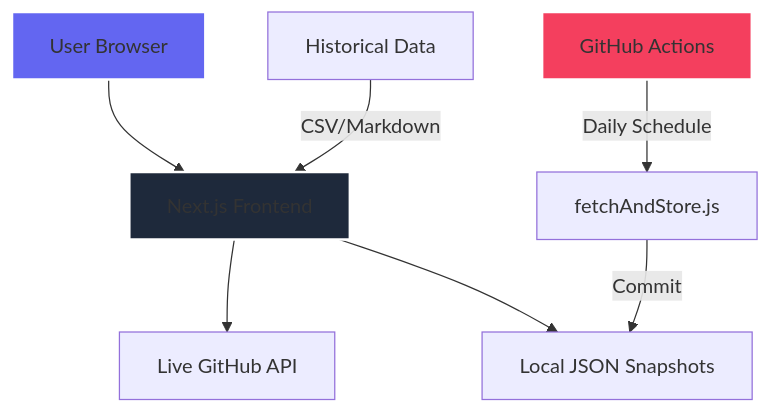
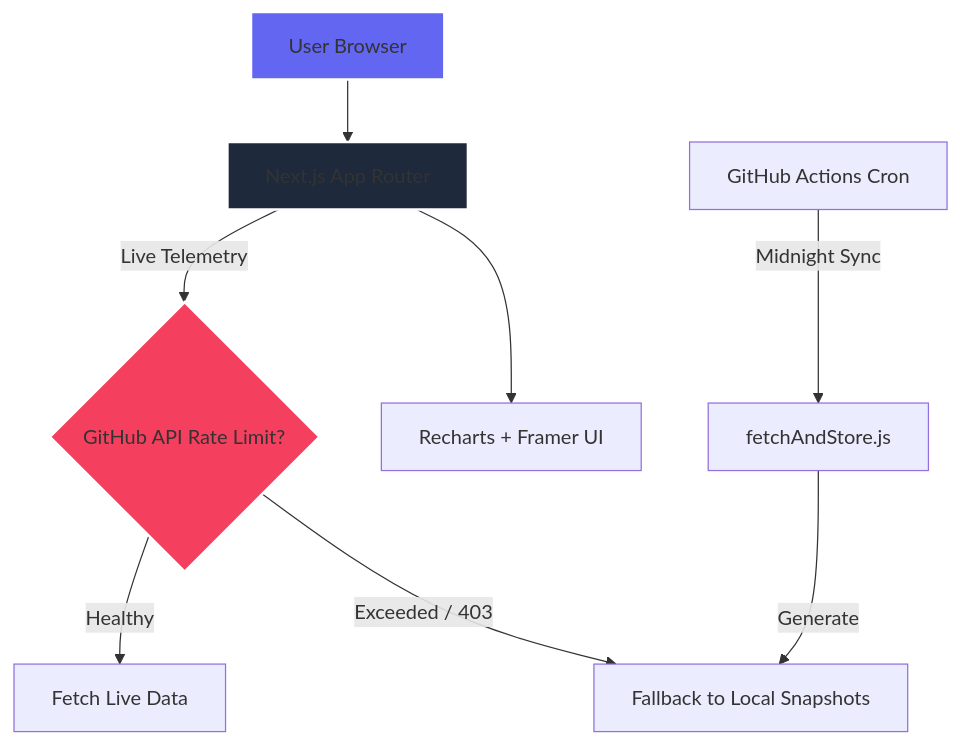
One commit to visheshsanghvi112/GitPulse changed the diagram in README.md. Above: the diagram before and after it, drawn with Mermaid. The commit also changed other lines of this file, not shown here.

Commit message:
Docs: Upgraded README with professional vision, architecture details, and UI aesthetic breakdowns

````diff
--- a/README.md
+++ b/README.md
@@ -32,12 +48,13 @@
 ```mermaid
 graph TD
-    A[User Browser] --> B[Next.js Frontend]
-    B --> C[Live GitHub API]
-    B --> D[Local JSON Snapshots]
-    E[GitHub Actions] --> |Daily Schedule| F[fetchAndStore.js]
-    F --> |Commit| D
-    G[Historical Data] --> |CSV/Markdown| B
+    A[User Browser] --> B[Next.js App Router]
+    B --> |Live Telemetry| C{GitHub API Rate Limit?}
+    C -->|Healthy| D[Fetch Live Data]
+    C -->|Exceeded / 403| E[Fallback to Local Snapshots]
+    F[GitHub Actions Cron] --> |Midnight Sync| G[fetchAndStore.js]
+    G --> |Generate| E
+    B --> H[Recharts + Framer UI]
     style A fill:#6366f1,stroke:#fff,stroke-width:2px
     style B fill:#1e293b,stroke:#fff,stroke-width:2px
-    style E fill:#f43f5e,stroke:#fff,stroke-width:2px
+    style C fill:#f43f5e,stroke:#fff,stroke-width:2px
 ```
````
